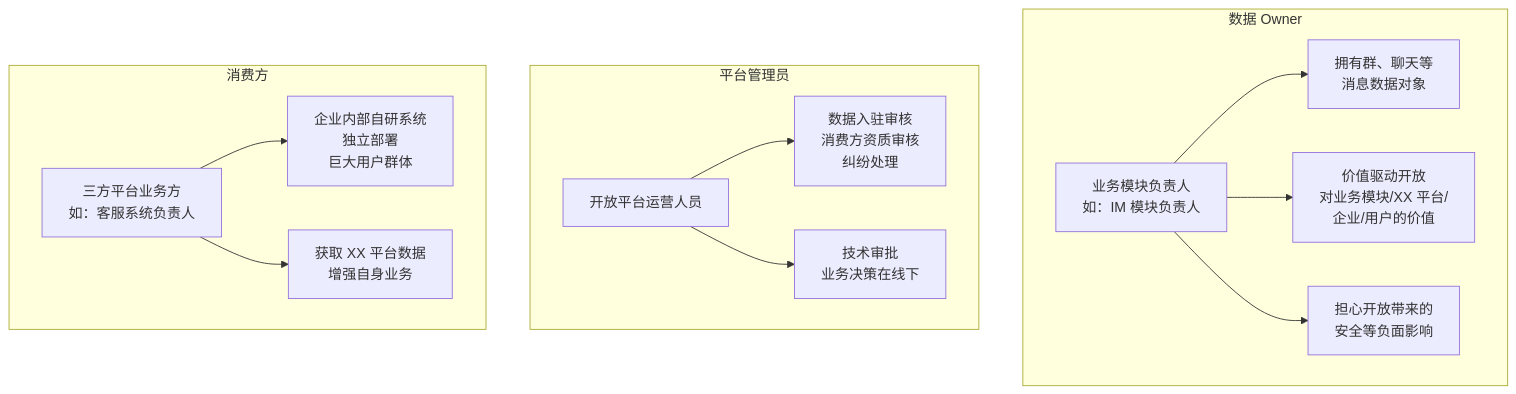
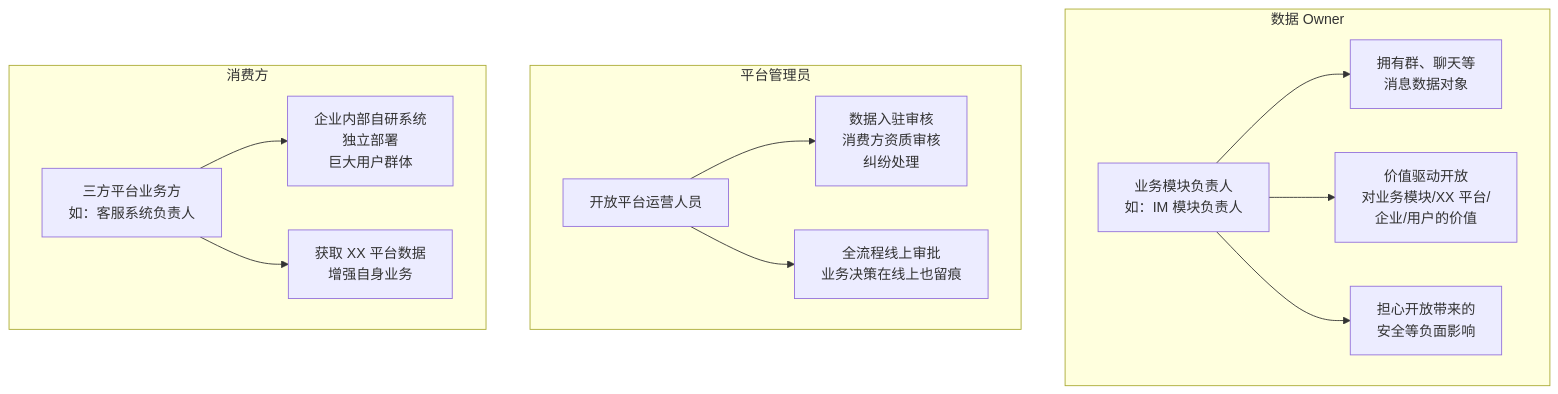
One commit to THZSummer/Product changed the third of 10 diagrams in open-app/.specs/feature-session-001/discovery-report.md. Above: the diagram before and after it, drawn with Mermaid. The commit also changed other lines of this file, not shown here.

````diff
--- a/open-app/.specs/feature-session-001/discovery-report.md
+++ b/open-app/.specs/feature-session-001/discovery-report.md
@@ -122,25 +122,25 @@
 ```mermaid
 graph TB
     subgraph 数据 Owner
         U1[业务模块负责人<br/>如：IM 模块负责人]
         U1_Desc[拥有群、聊天等<br/>消息数据对象]
         U1_Motive[价值驱动开放<br/>对业务模块/XX 平台/<br/>企业/用户的价值]
         U1_Concern[担心开放带来的<br/>安全等负面影响]
     end
     
     subgraph 平台管理员
         U2[开放平台运营人员]
         U2_Resp[数据入驻审核<br/>消费方资质审核<br/>纠纷处理]
-        U2_Scope[技术审批<br/>业务决策在线下]
+        U2_Scope[全流程线上审批<br/>业务决策在线上也留痕]
     end
     
     subgraph 消费方
         U3[三方平台业务方<br/>如：客服系统负责人]
         U3_Type[企业内部自研系统<br/>独立部署<br/>巨大用户群体]
         U3_Need[获取 XX 平台数据<br/>增强自身业务]
     end
     
     U1 --> U1_Desc & U1_Motive & U1_Concern
     U2 --> U2_Resp & U2_Scope
     U3 --> U3_Type & U3_Need
 ```
````
